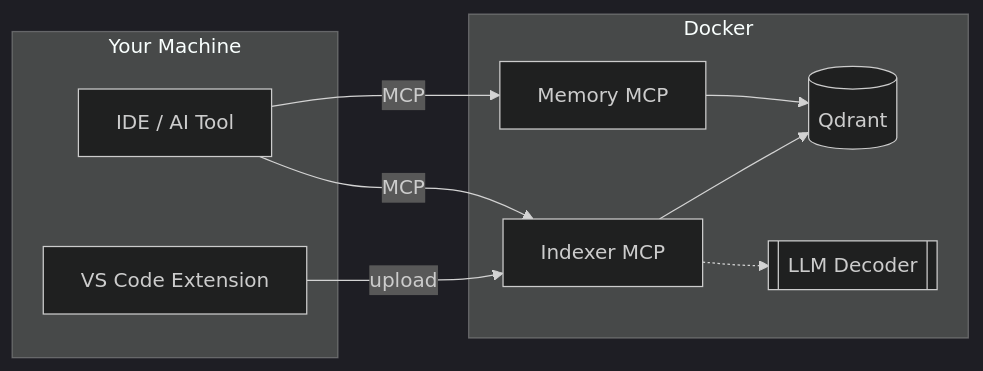
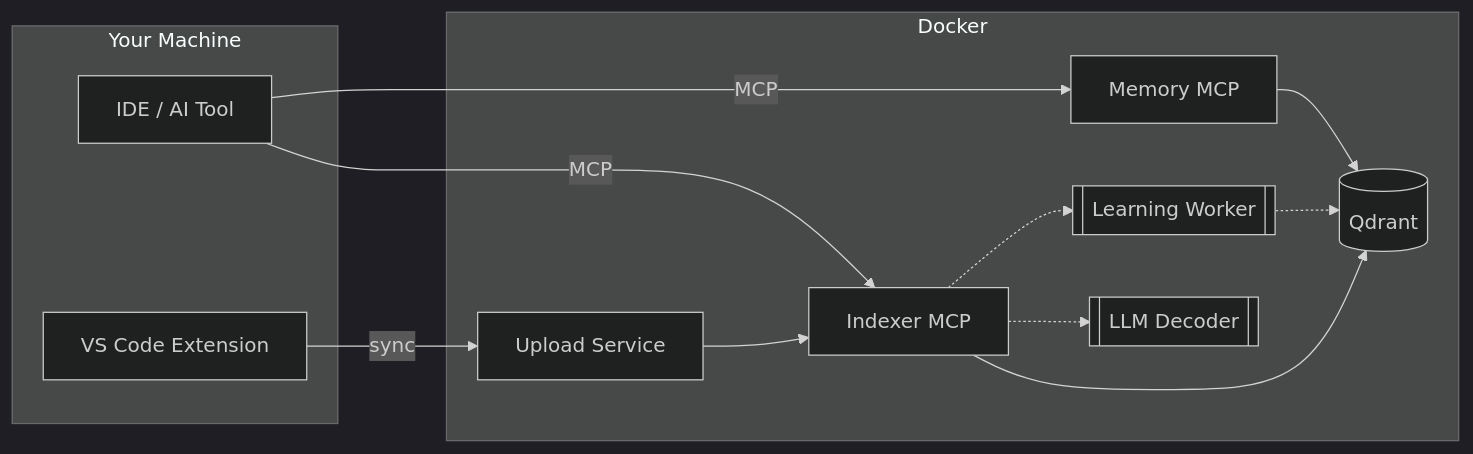
The diagram in README.md (uptonking/power-context), drawn with Mermaid (dark theme) before and after one commit. The commit also changed other lines of this file, not shown here.

Commit message:
Update architecture diagram and description in README
Added Upload Service and Learning Worker to the architecture diagram. Updated the description to clarify the VS Code extension's sync process and provide more detail on optional features and adaptive learning.

````diff
--- a/README.md
+++ b/README.md
@@ -176,19 +176,24 @@
 ```mermaid
 flowchart LR
   subgraph Your Machine
     A[IDE / AI Tool]
     V[VS Code Extension]
   end
   subgraph Docker
+    U[Upload Service]
     I[Indexer MCP]
     M[Memory MCP]
     Q[(Qdrant)]
     L[[LLM Decoder]]
+    W[[Learning Worker]]
   end
-  V -->|upload| I
+  V -->|sync| U
+  U --> I
   A -->|MCP| I
   A -->|MCP| M
   I --> Q
   M --> Q
   I -.-> L
+  I -.-> W
+  W -.-> Q
 ```
````
